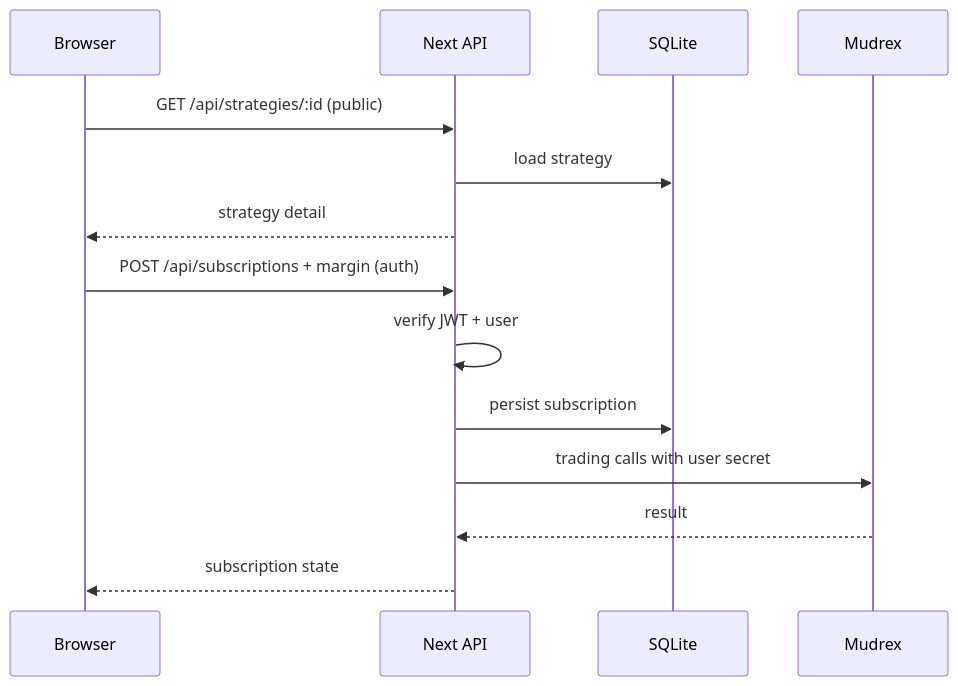
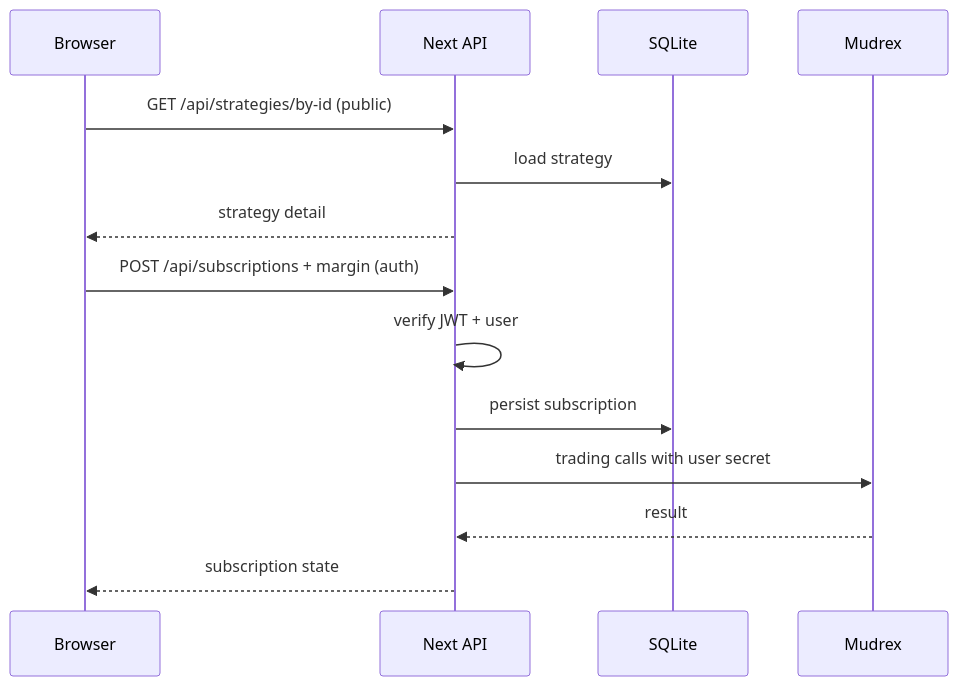
Before and after one commit to DecentralizedJM/RexAlgo: the seventh of 7 diagrams in README.md, drawn with Mermaid. The commit also changed other lines of this file and 1 other file, not shown here.

Commit message:
fix: Mermaid diagrams for GitHub (avoid colons in participant and labels)

````diff
--- a/README.md
+++ b/README.md
@@ -252,18 +252,18 @@
 ```mermaid
 sequenceDiagram
   participant B as Browser
   participant N as Next API
   participant D as SQLite
   participant M as Mudrex
 
-  B->>N: GET /api/strategies/:id (public)
+  B->>N: GET /api/strategies/by-id (public)
   N->>D: load strategy
   N-->>B: strategy detail
 
   B->>N: POST /api/subscriptions + margin (auth)
   N->>N: verify JWT + user
   N->>D: persist subscription
   N->>M: trading calls with user secret
   M-->>N: result
   N-->>B: subscription state
 ```
````
